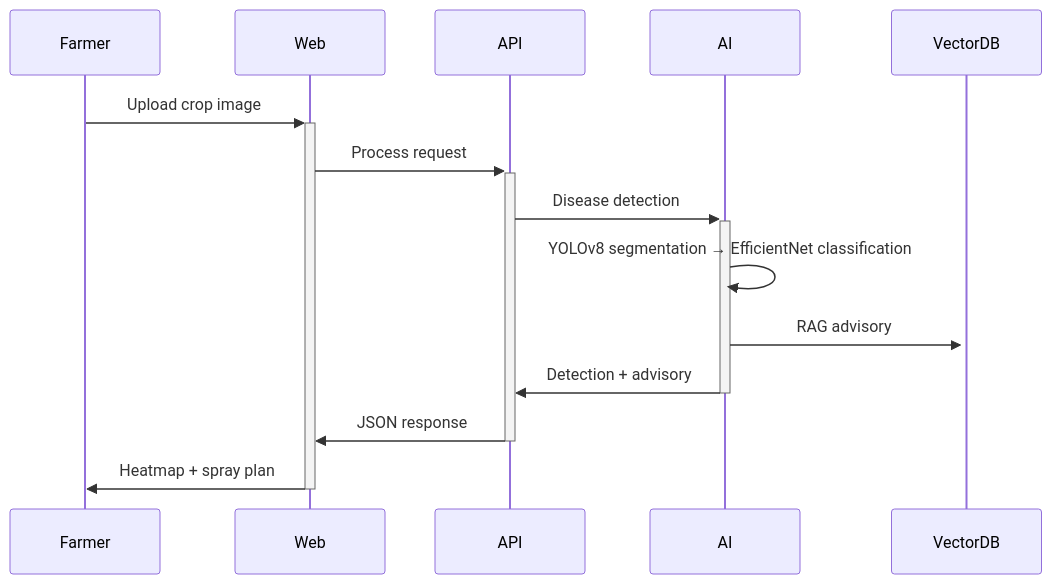
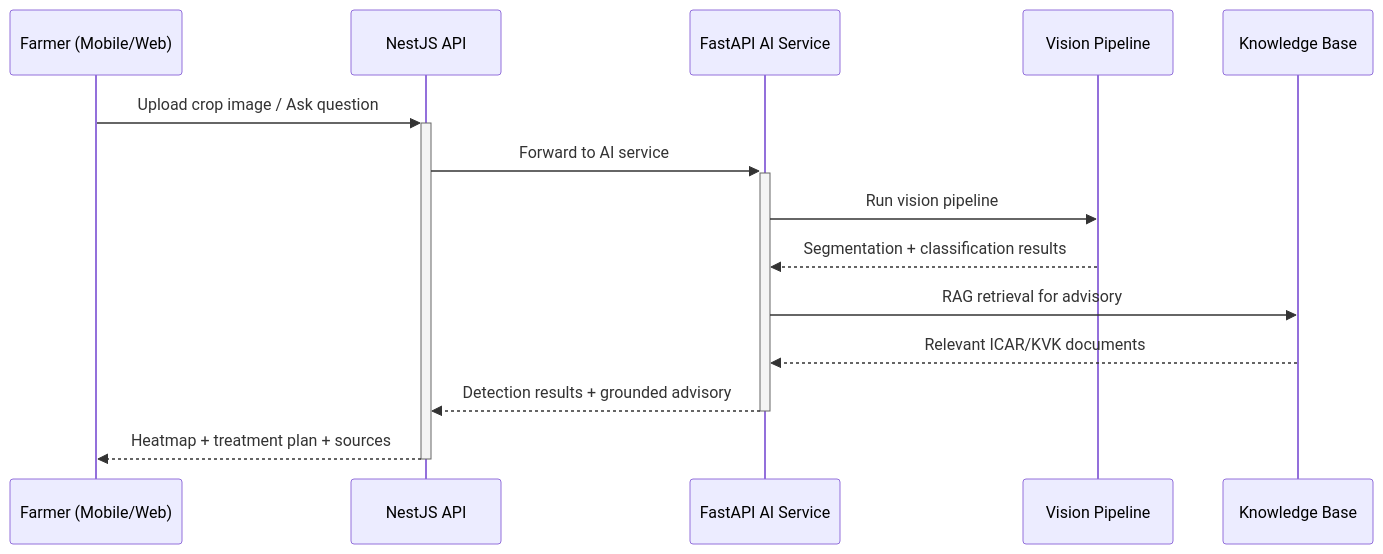
One commit to soham25-git/KRISHI-EYE_Webapp-India-Innovates_Open-Innovation changed the second of 2 diagrams in ARCHITECTURE.md. Above: the diagram before and after it, drawn with Mermaid. The commit also changed other lines of this file and 42 other files, not shown here.

````diff
--- a/ARCHITECTURE.md
+++ b/ARCHITECTURE.md
@@ -4,11 +28,17 @@
 ```mermaid
 sequenceDiagram
-    Farmer->>+Web: Upload crop image
-    Web->>+API: Process request
-    API->>+AI: Disease detection
-    AI->>AI: YOLOv8 segmentation → EfficientNet classification
-    AI->>+VectorDB: RAG advisory
-    AI->>-API: Detection + advisory
-    API->>-Web: JSON response
-    Web->>-Farmer: Heatmap + spray plan
+    participant F as Farmer (Mobile/Web)
+    participant API as NestJS API
+    participant AI as FastAPI AI Service
+    participant CV as Vision Pipeline
+    participant KB as Knowledge Base
+
+    F->>+API: Upload crop image / Ask question
+    API->>+AI: Forward to AI service
+    AI->>CV: Run vision pipeline
+    CV-->>AI: Segmentation + classification results
+    AI->>KB: RAG retrieval for advisory
+    KB-->>AI: Relevant ICAR/KVK documents
+    AI-->>-API: Detection results + grounded advisory
+    API-->>-F: Heatmap + treatment plan + sources
 ```
````
